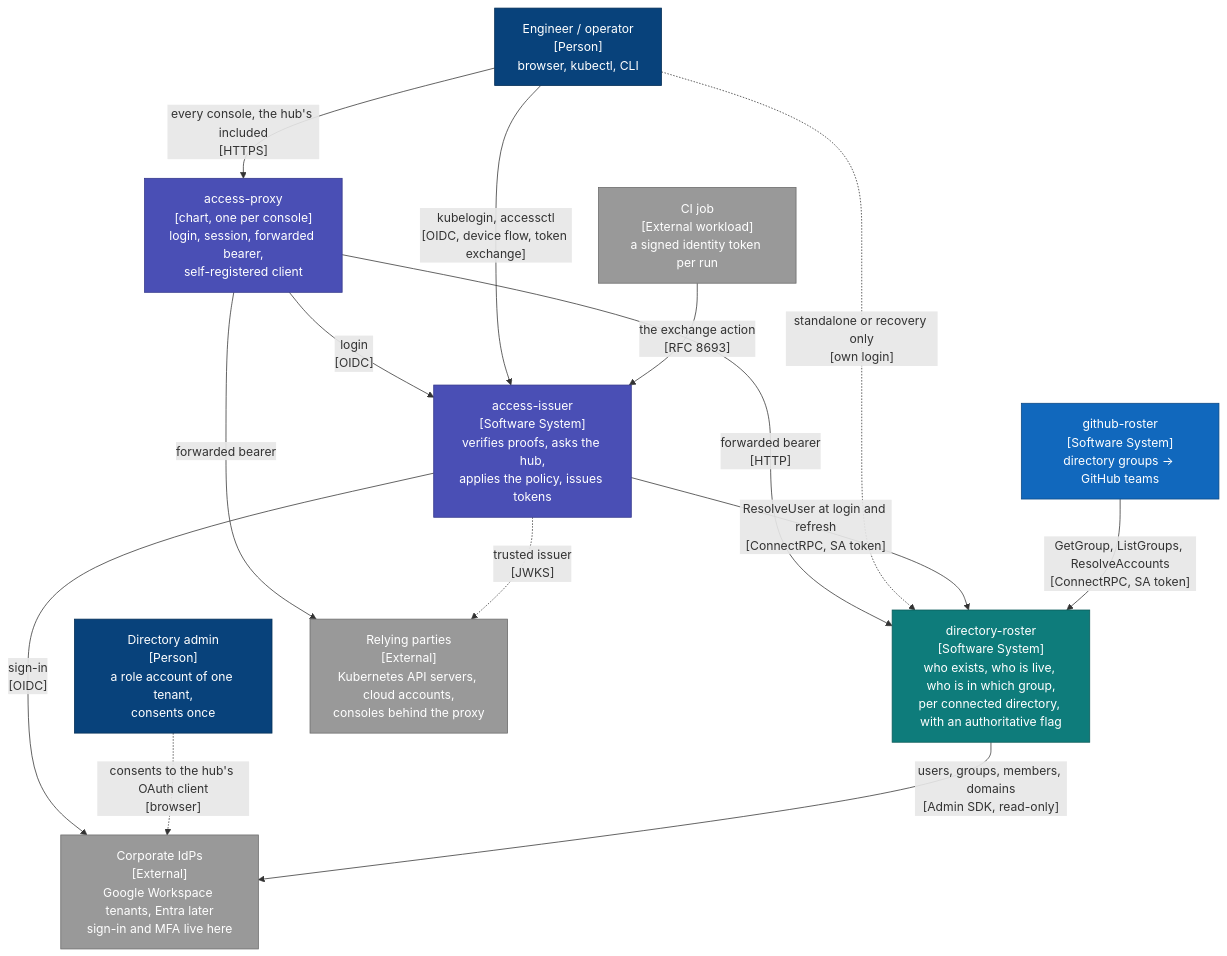
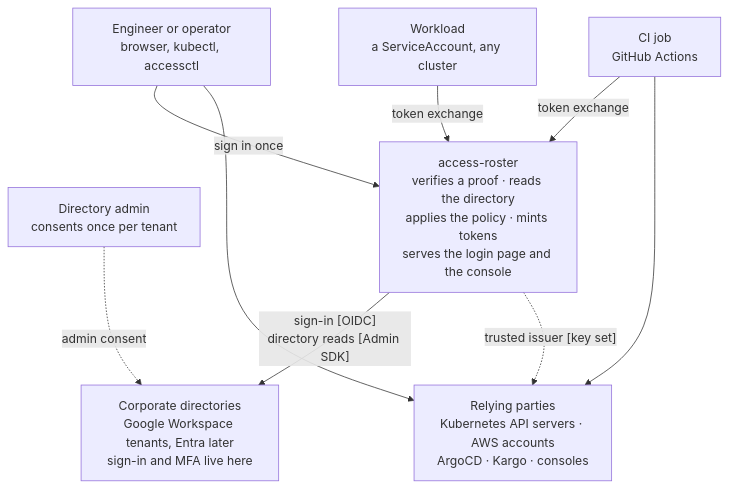
One commit to truvity/access-roster changed the first of 2 diagrams in docs/architecture.md. Above: the diagram before and after it, drawn with Mermaid. The commit also changed other lines of this file and 11 other files, not shown here.

````diff
--- a/docs/architecture.md
+++ b/docs/architecture.md
@@ -68,37 +34,21 @@
 ```mermaid
 flowchart TB
-  eng["Engineer / operator<br/>[Person]<br/>browser, kubectl, CLI"]:::person
-  admin["Directory admin<br/>[Person]<br/>a role account of one tenant,<br/>consents once"]:::person
-  ci["CI job<br/>[External workload]<br/>a signed identity token per run"]:::ext
+  person["Engineer or operator<br/>browser, kubectl, accessctl"]
+  ci["CI job<br/>GitHub Actions"]
+  workload["Workload<br/>a ServiceAccount, any cluster"]
+  admin["Directory admin<br/>consents once per tenant"]
 
-  ts["access-issuer<br/>[Software System]<br/>verifies proofs, asks the hub,<br/>applies the policy, issues tokens"]:::token
-  hub["directory-roster<br/>[Software System]<br/>who exists, who is live, who is in which group,<br/>per connected directory, with an authoritative flag"]:::hub
-  teamsync["github-roster<br/>[Software System]<br/>directory groups → GitHub teams"]:::system
+  ar["access-roster<br/>verifies a proof · reads the directory<br/>applies the policy · mints tokens<br/>serves the login page and the console"]
 
-  proxy["access-proxy<br/>[chart, one per console]<br/>login, session, forwarded bearer,<br/>self-registered client"]:::token
-  rp["Relying parties<br/>[External]<br/>Kubernetes API servers, cloud accounts,<br/>consoles behind the proxy"]:::ext
-  idp["Corporate IdPs<br/>[External]<br/>Google Workspace tenants, Entra later<br/>sign-in and MFA live here"]:::ext
+  idp["Corporate directories<br/>Google Workspace tenants, Entra later<br/>sign-in and MFA live here"]
+  rp["Relying parties<br/>Kubernetes API servers · AWS accounts<br/>ArgoCD · Kargo · consoles"]
 
-  eng -- "every console, the hub's included<br/>[HTTPS]" --> proxy
-  proxy -- "login<br/>[OIDC]" --> ts
-  proxy -- "forwarded bearer<br/>[HTTP]" --> hub
-  proxy -- "forwarded bearer" --> rp
-  eng -- "kubelogin, accessctl<br/>[OIDC, device flow, token exchange]" --> ts
-  eng -. "standalone or recovery only<br/>[own login]" .-> hub
-  ci -- "the exchange action<br/>[RFC 8693]" --> ts
-  ts -- "sign-in<br/>[OIDC]" --> idp
-  ts -- "ResolveUser at login and refresh<br/>[ConnectRPC, SA token]" --> hub
-  ts -. "trusted issuer<br/>[JWKS]" .-> rp
-  teamsync -- "GetGroup, ListGroups, ResolveAccounts<br/>[ConnectRPC, SA token]" --> hub
-  admin -. "consents to the hub's OAuth client<br/>[browser]" .-> idp
-  hub -- "users, groups, members, domains<br/>[Admin SDK, read-only]" --> idp
-
-  classDef person fill:#08427b,stroke:#052e56,color:#fff
-  classDef system fill:#1168bd,stroke:#0b4884,color:#fff
-  classDef ext fill:#999999,stroke:#6b6b6b,color:#fff
-  classDef hub fill:#0E7C7B,stroke:#0A5958,color:#fff
-  classDef hubStore fill:#5FA9A7,stroke:#0A5958,color:#fff
-  classDef token fill:#4A4FB5,stroke:#33378A,color:#fff
-  classDef tokenStore fill:#8A8DD1,stroke:#33378A,color:#fff
-  classDef component fill:#85bbf0,stroke:#5d82a8,color:#000
+  person -- "sign in once" --> ar
+  ci -- "token exchange" --> ar
+  workload -- "token exchange" --> ar
+  admin -. "admin consent" .-> idp
+  ar -- "sign-in [OIDC]<br/>directory reads [Admin SDK]" --> idp
+  ar -. "trusted issuer [key set]" .-> rp
+  person --> rp
+  ci --> rp
 ```
````
